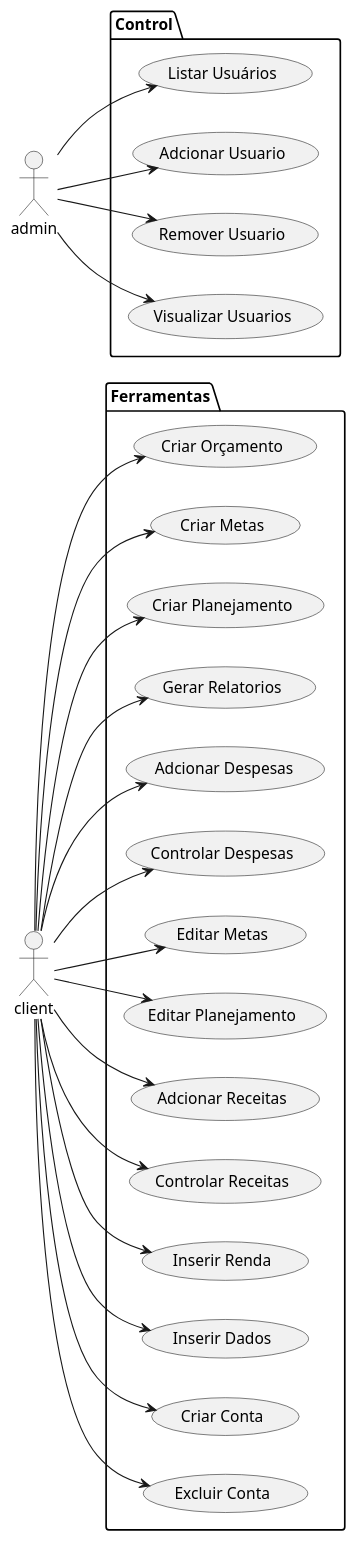
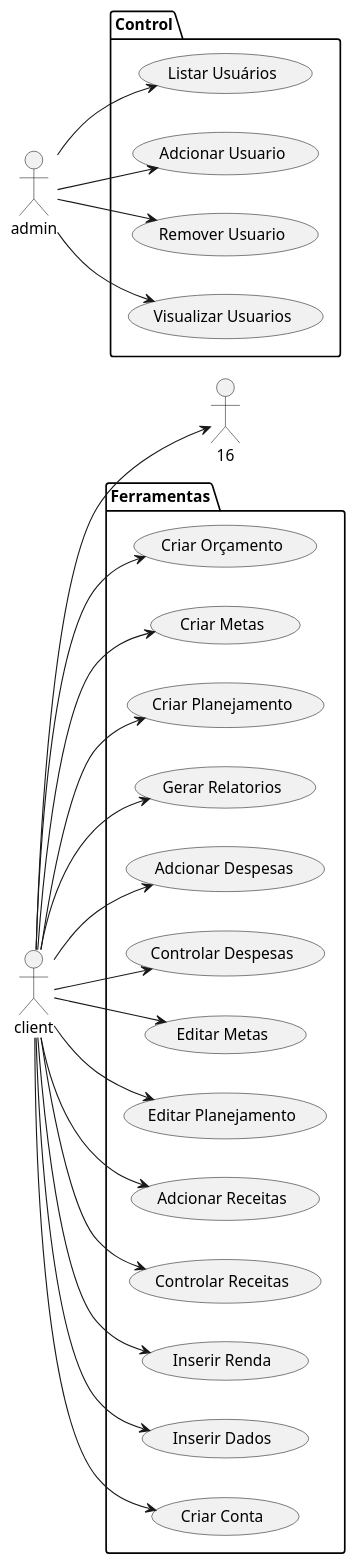
The diagram in Docs/cases/cases.puml (Guisandroni/Projeto-de-Eng.Soft2), drawn with PlantUML before and after one commit. The commit also changed 18 other files, not shown here.

```diff
--- a/Docs/cases/cases.puml
+++ b/Docs/cases/cases.puml
@@ -1,59 +1,59 @@
 @startuml "use-case"
 left to right direction
 actor client 
 actor admin 
 
 package Ferramentas  {
 
      usecase "Criar Orçamento" as 1
     usecase "Criar Metas"    as 2
     usecase "Criar Planejamento" as 3
     usecase "Gerar Relatorios" as 4
     usecase " Adcionar Despesas" as 5
     usecase "Controlar Despesas" as 6
     usecase "Editar Metas" as 7             
     usecase "Editar Planejamento" as 8
     usecase "Adcionar Receitas" as 9
     usecase "Controlar Receitas" as 17
     usecase "Inserir Renda" as 10 
     usecase "Inserir Dados" as 11
     usecase "Criar Conta" as 15
-    usecase "Excluir Conta" as 16
+  
 
     
 }
 
 package Control{
 
    
     usecase "Listar Usuários" as Lu 
     usecase "Adcionar Usuario" as 12
     usecase "Remover Usuario" as 13
     usecase "Visualizar Usuarios" as 14
 
 }
 client --> 1
 client --> 2
 client --> 3
 client --> 4
 client --> 5
 client --> 6
 client --> 7
 client --> 8
 client --> 9
 client --> 10
 client --> 11
 client --> 15
 client --> 16
 client --> 17
 admin --> Lu
 admin --> 12
 admin --> 13
 admin --> 14
 
 
 
 
 
 
 @enduml
```
